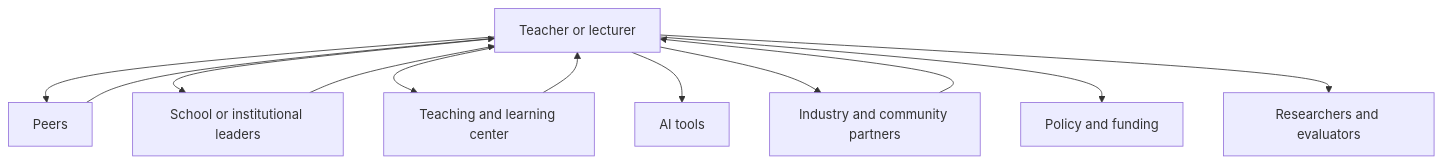
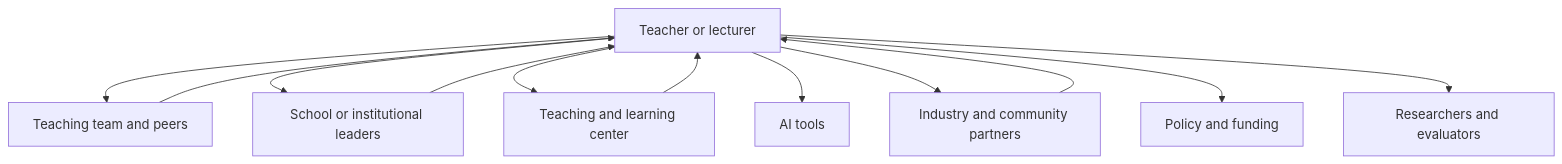
Before and after one commit to avisalmon/RoundTableIII: the ninth of 11 diagrams in book/manuscript.md, drawn with Mermaid. The commit also changed other lines of this file and 15 other files, not shown here.

````diff
--- a/book/manuscript.md
+++ b/book/manuscript.md
@@ -2738,14 +2657,14 @@
 ```mermaid
 flowchart TD
-A[Teacher or lecturer] --> B[Peers]
+A[Teacher or lecturer] --> B[Teaching team and peers]
 A --> C[School or institutional leaders]
 A --> D[Teaching and learning center]
 A --> E[AI tools]
 A --> F[Industry and community partners]
 A --> G[Policy and funding]
 A --> H[Researchers and evaluators]
 B --> A
 C --> A
 D --> A
 F --> A
 ```
````
